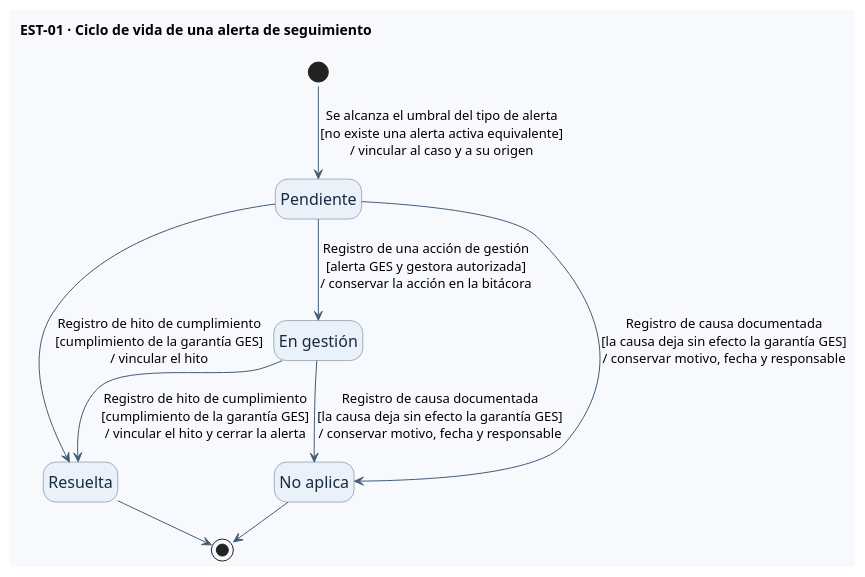
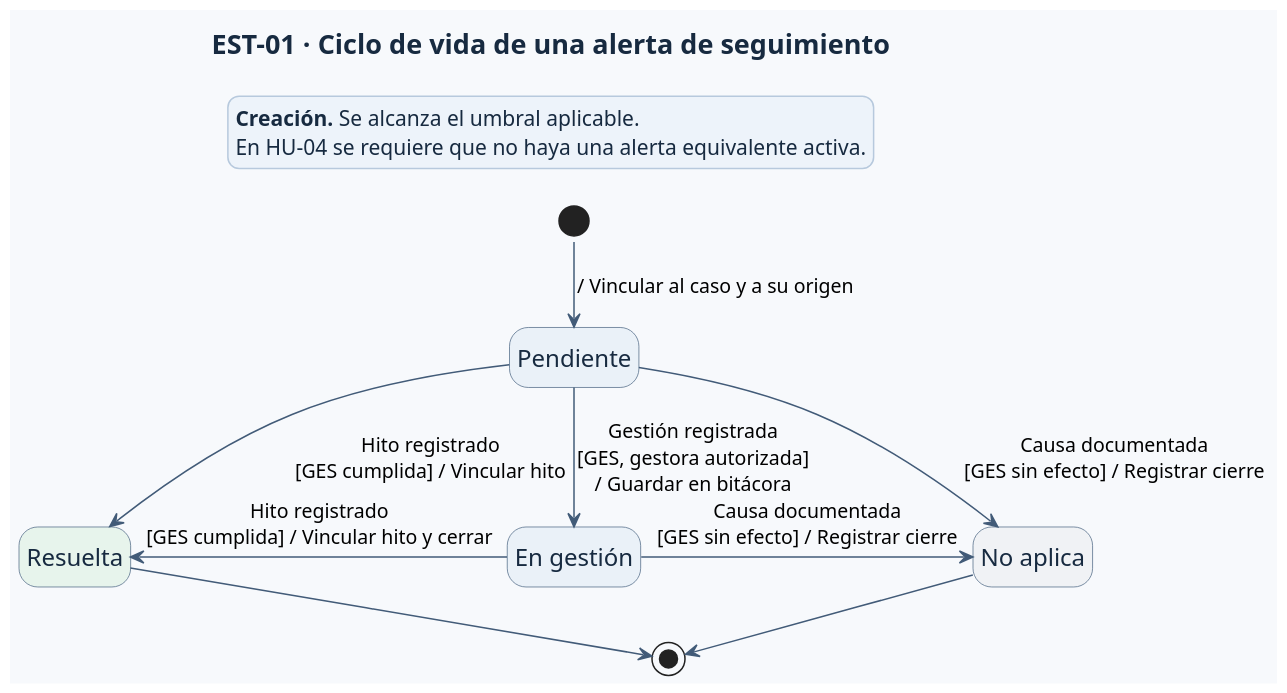
The first of 2 diagrams in diagramas/estados-objetos.puml (br1fz/OncoTrace), drawn with PlantUML before and after one commit. The commit also changed other lines of this file and 2 other files, not shown here.

Commit message:
ordenar los diagramas EST-01 y EST-02

```diff
--- a/diagramas/estados-objetos.puml
+++ b/diagramas/estados-objetos.puml
@@ -3,33 +2,44 @@
 @startuml EST-01-AlertaSeguimiento
 !pragma layout smetana
-top to bottom direction
 hide empty description
 skinparam shadowing false
+skinparam dpi 144
 skinparam backgroundColor #F7F9FC
 skinparam defaultFontName SansSerif
+skinparam titleFontSize 18
+skinparam titleFontColor #172A40
 skinparam stateFontSize 16
 skinparam stateArrowFontSize 13
+skinparam legendBackgroundColor #EDF3FA
+skinparam legendBorderColor #B7C9DD
+skinparam legendFontColor #172A40
 skinparam state {
   BackgroundColor #EAF1F8
   BorderColor #526B87
   FontColor #172A40
   ArrowColor #425B78
   StartColor #526B87
   EndColor #526B87
 }
+
 title EST-01 · Ciclo de vida de una alerta de seguimiento
 
-[*] --> Pendiente : Se alcanza el umbral del tipo de alerta\n[no existe una alerta activa equivalente]\n/ vincular al caso y a su origen
-state "Pendiente" as Pendiente
-state "En gestión" as EnGestion
-state "Resuelta" as Resuelta
-state "No aplica" as NoAplica
+state "Pendiente" as P
+state "En gestión" as G
+state "Resuelta" as R #E7F4EC
+state "No aplica" as N #F0F2F5
 
-Pendiente --> EnGestion : Registro de una acción de gestión\n[alerta GES y gestora autorizada]\n/ conservar la acción en la bitácora
-Pendiente --> Resuelta : Registro de hito de cumplimiento\n[cumplimiento de la garantía GES]\n/ vincular el hito
-EnGestion --> Resuelta : Registro de hito de cumplimiento\n[cumplimiento de la garantía GES]\n/ vincular el hito y cerrar la alerta
-Pendiente --> NoAplica : Registro de causa documentada\n[la causa deja sin efecto la garantía GES]\n/ conservar motivo, fecha y responsable
-EnGestion --> NoAplica : Registro de causa documentada\n[la causa deja sin efecto la garantía GES]\n/ conservar motivo, fecha y responsable
-Resuelta --> [*]
-NoAplica --> [*]
+[*] -down-> P : / Vincular al caso y a su origen
+P -down-> G : Gestión registrada\n[GES, gestora autorizada]\n/ Guardar en bitácora
+P -down-> R : Hito registrado\n[GES cumplida] / Vincular hito
+P -down-> N : Causa documentada\n[GES sin efecto] / Registrar cierre
+G -left-> R : Hito registrado\n[GES cumplida] / Vincular hito y cerrar
+G -right-> N : Causa documentada\n[GES sin efecto] / Registrar cierre
+R -down-> [*]
+N -down-> [*]
+
+legend top
+  **Creación.** Se alcanza el umbral aplicable.
+  En HU-04 se requiere que no haya una alerta equivalente activa.
+endlegend
 @enduml
```
